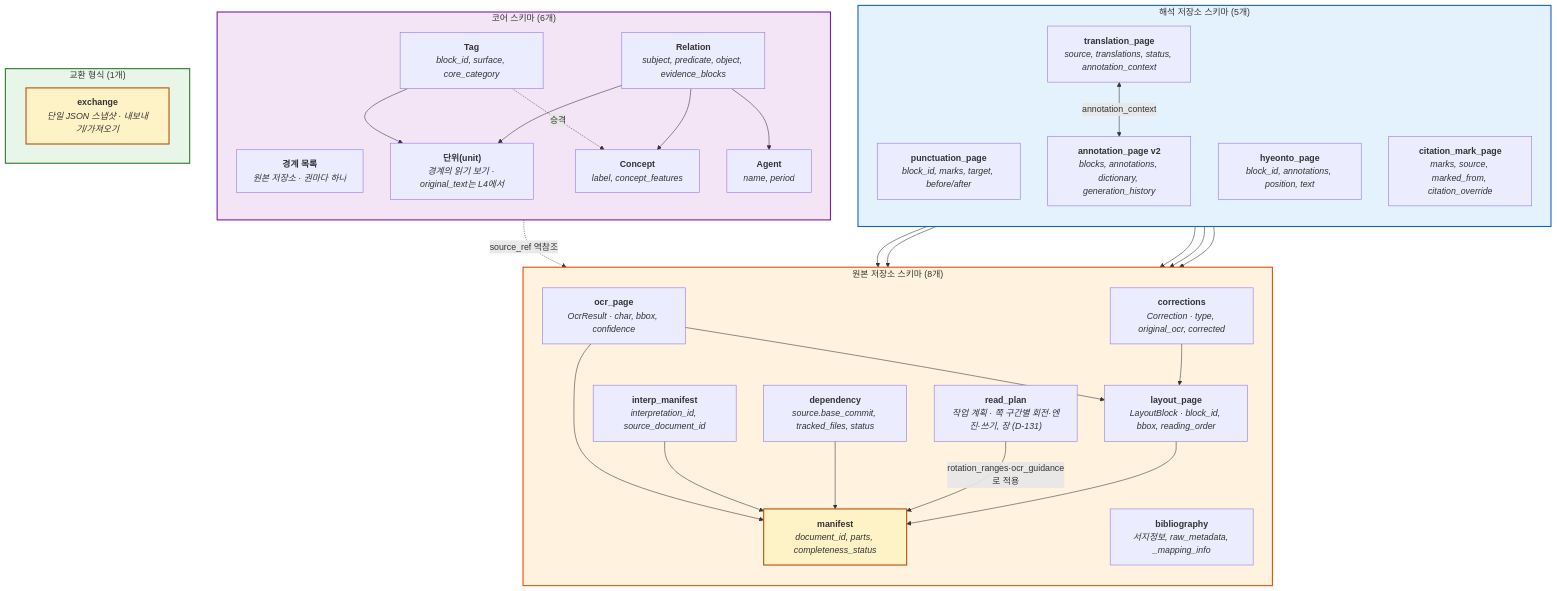
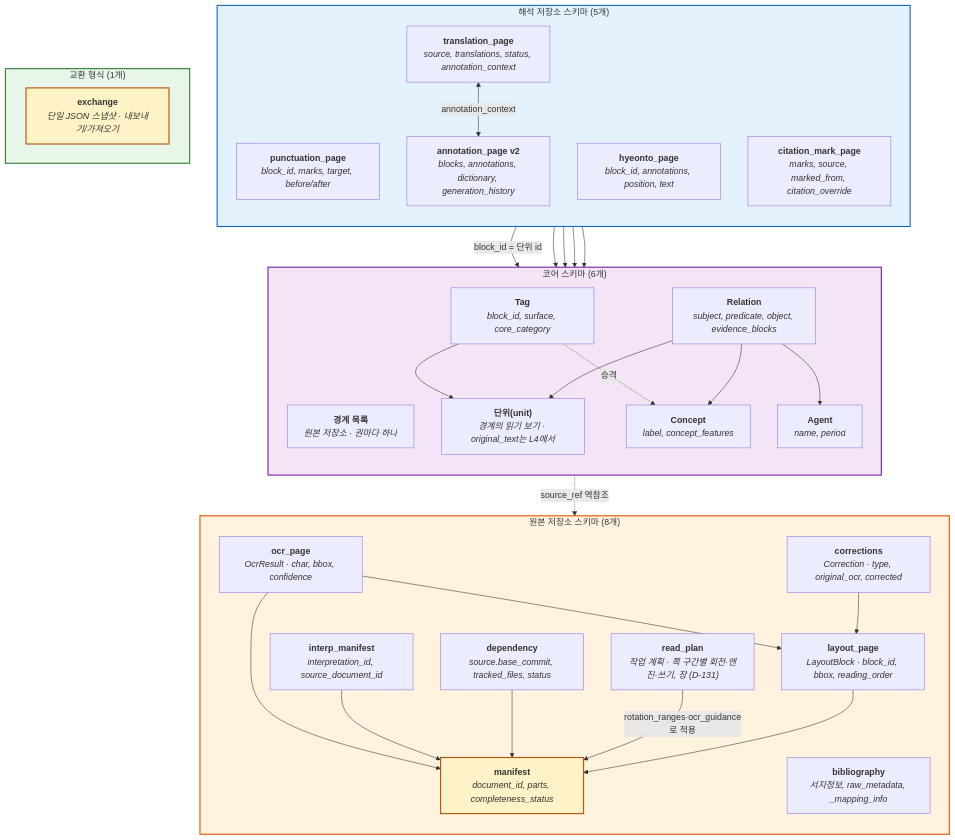
One commit to hw725/classical-text-browser changed the seventh of 14 diagrams in docs/architecture-diagrams.md. Above: the diagram before and after it, drawn with Mermaid. The commit also changed other lines of this file and 98 other files, not shown here.

````diff
--- a/docs/architecture-diagrams.md
+++ b/docs/architecture-diagrams.md
@@ -584,64 +588,64 @@
 ```mermaid
 flowchart TB
     subgraph SRC_SCHEMA["원본 저장소 스키마 (8개)"]
         direction TB
         S_MAN["<b>manifest</b><br/><i>document_id, parts, completeness_status</i>"]
         S_BIB["<b>bibliography</b><br/><i>서지정보, raw_metadata, _mapping_info</i>"]
         S_OCR["<b>ocr_page</b><br/><i>OcrResult · char, bbox, confidence</i>"]
         S_LAY["<b>layout_page</b><br/><i>LayoutBlock · block_id, bbox, reading_order</i>"]
         S_COR["<b>corrections</b><br/><i>Correction · type, original_ocr, corrected</i>"]
         S_IMP["<b>interp_manifest</b><br/><i>interpretation_id, source_document_id</i>"]
         S_DEP["<b>dependency</b><br/><i>source.base_commit, tracked_files, status</i>"]
         S_PLAN["<b>read_plan</b><br/><i>작업 계획 · 쪽 구간별 회전·엔진·쓰기, 장 (D-131)</i>"]
     end
 
     subgraph INT_SCHEMA["해석 저장소 스키마 (5개)"]
         direction TB
         I_PUN["<b>punctuation_page</b><br/><i>block_id, marks, target, before/after</i>"]
         I_HYE["<b>hyeonto_page</b><br/><i>block_id, annotations, position, text</i>"]
         I_TRA["<b>translation_page</b><br/><i>source, translations, status, annotation_context</i>"]
         I_ANN["<b>annotation_page v2</b><br/><i>blocks, annotations, dictionary, generation_history</i>"]
         I_CIT["<b>citation_mark_page</b><br/><i>marks, source, marked_from, citation_override</i>"]
     end
 
     subgraph CORE_SCHEMA["코어 스키마 (6개)"]
         direction TB
         C_BND["<b>경계 목록</b><br/><i>원본 저장소 · 권마다 하나</i>"]
         C_TB["<b>단위(unit)</b><br/><i>경계의 읽기 보기 · original_text는 L4에서</i>"]
         C_TAG["<b>Tag</b><br/><i>block_id, surface, core_category</i>"]
         C_CON["<b>Concept</b><br/><i>label, concept_features</i>"]
         C_AGE["<b>Agent</b><br/><i>name, period</i>"]
         C_REL["<b>Relation</b><br/><i>subject, predicate, object, evidence_blocks</i>"]
     end
 
     subgraph EXCHANGE["교환 형식 (1개)"]
         EX["<b>exchange</b><br/><i>단일 JSON 스냅샷 · 내보내기/가져오기</i>"]
     end
 
     S_LAY --> S_MAN
     S_OCR --> S_MAN
     S_OCR --> S_LAY
     S_COR --> S_LAY
     S_IMP --> S_MAN
     S_DEP --> S_MAN
     S_PLAN -->|"rotation_ranges·ocr_guidance로 적용"| S_MAN
-    I_PUN --> S_LAY
-    I_HYE --> S_LAY
-    I_TRA --> S_LAY
-    I_ANN --> S_LAY
-    I_CIT --> S_LAY
+    I_PUN -->|"block_id = 단위 id"| C_TB
+    I_HYE --> C_TB
+    I_TRA --> C_TB
+    I_ANN --> C_TB
+    I_CIT --> C_TB
     I_TRA <-->|"annotation_context"| I_ANN
     C_TAG --> C_TB
     C_TAG -.->|"승격"| C_CON
     C_REL --> C_AGE
     C_REL --> C_CON
     C_REL --> C_TB
     C_TB -.->|"source_ref 역참조"| S_MAN
 
     style SRC_SCHEMA fill:#fff3e0,stroke:#e65100,stroke-width:2px
     style S_MAN fill:#fef3c7,stroke:#b45309,stroke-width:2px
     style INT_SCHEMA fill:#e3f2fd,stroke:#1565c0,stroke-width:2px
     style CORE_SCHEMA fill:#f3e5f5,stroke:#7b1fa2,stroke-width:2px
     style EXCHANGE fill:#e8f5e9,stroke:#2e7d32,stroke-width:2px
     style EX fill:#fef3c7,stroke:#b45309,stroke-width:2px
 ```
````
